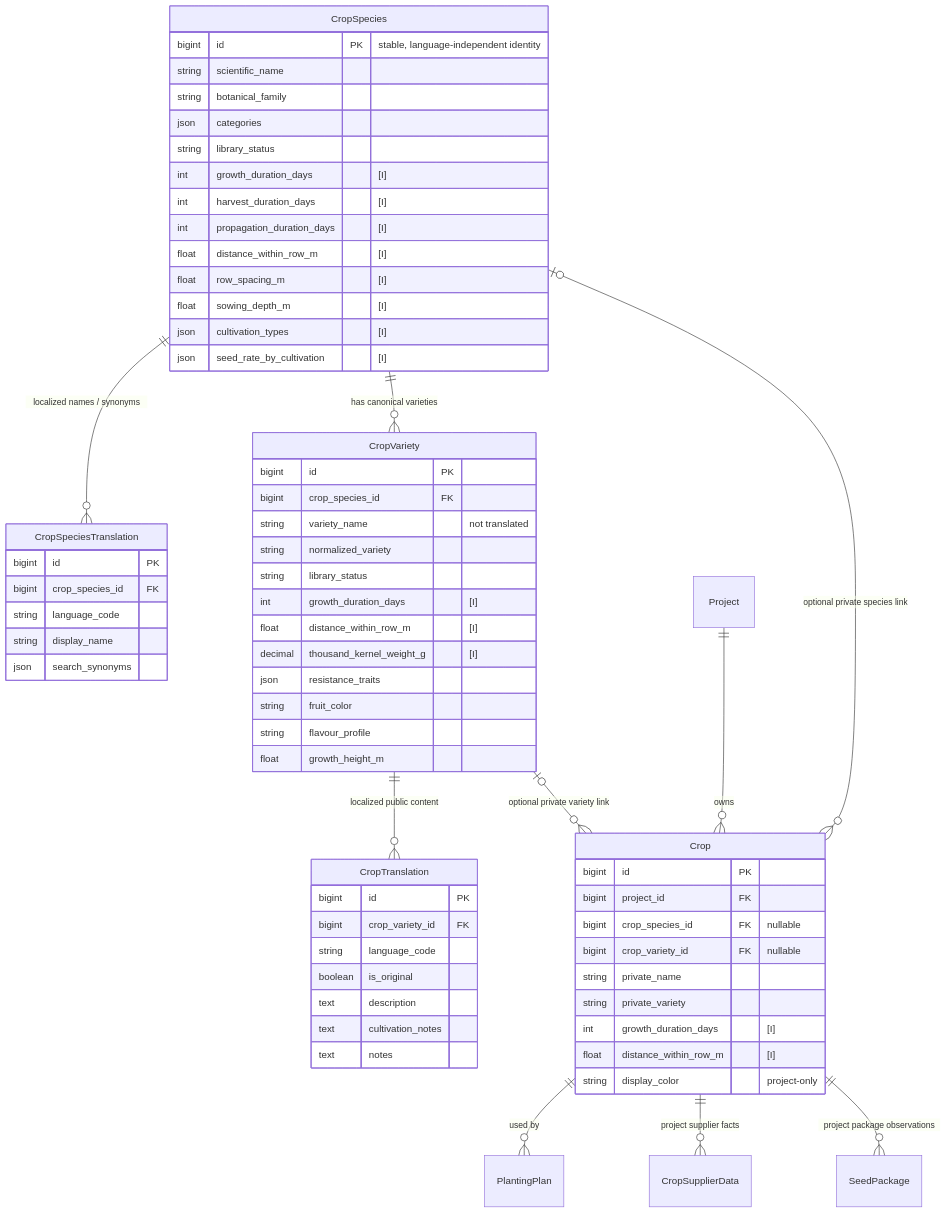
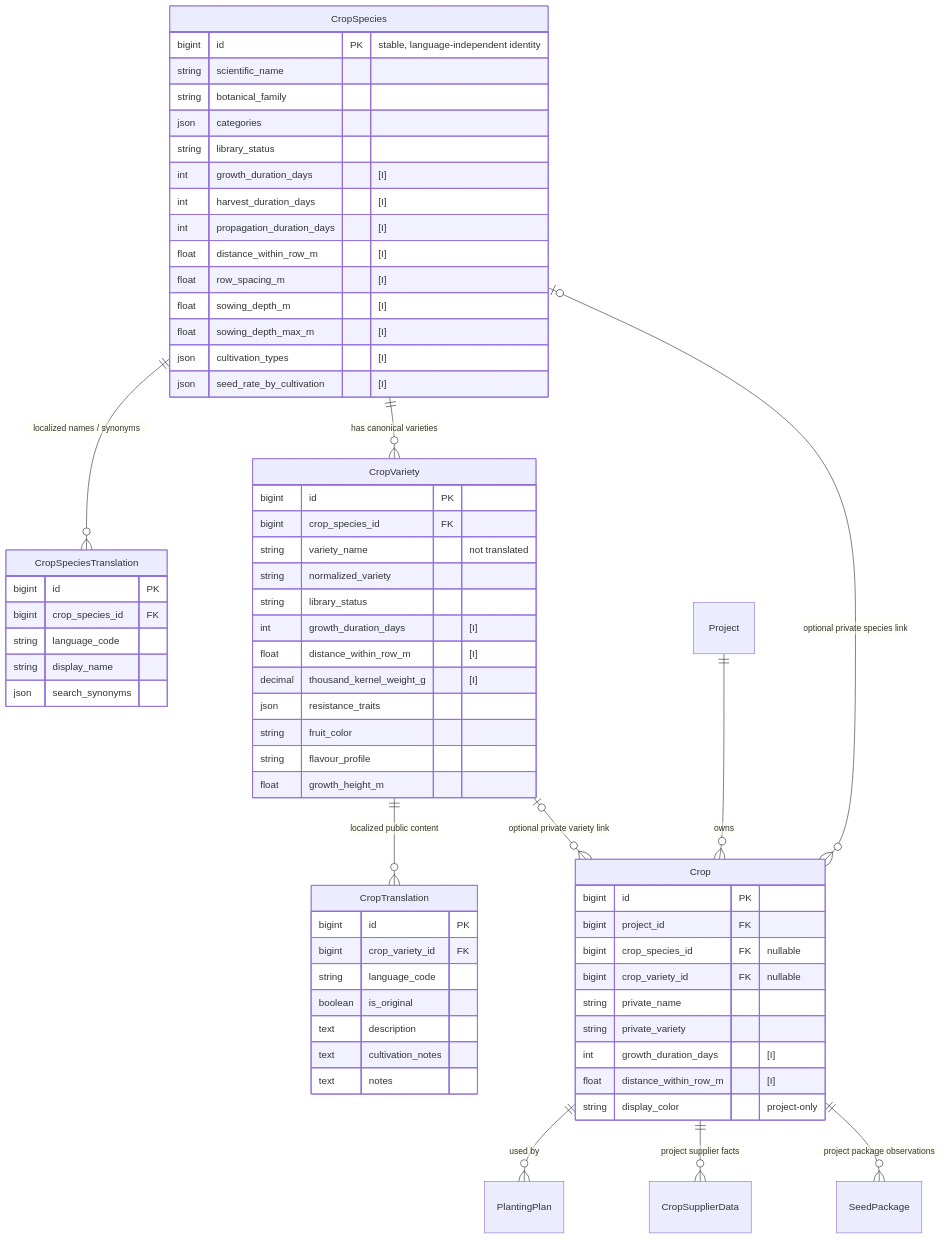
The diagram in docs/public-crop-library-data-model.md (OpenFarmPlanner/planner), drawn with Mermaid before and after one commit. The commit also changed other lines of this file and 55 other files, not shown here.

First line of the commit message:
feat: store the sowing depth as a range (#972)

````diff
--- a/docs/public-crop-library-data-model.md
+++ b/docs/public-crop-library-data-model.md
@@ -221,69 +221,70 @@
 ```mermaid
 erDiagram
     CropSpecies ||--o{ CropSpeciesTranslation : "localized names / synonyms"
     CropSpecies ||--o{ CropVariety : "has canonical varieties"
     CropVariety ||--o{ CropTranslation : "localized public content"
     CropSpecies o|--o{ Crop : "optional private species link"
     CropVariety o|--o{ Crop : "optional private variety link"
     Project ||--o{ Crop : "owns"
     Crop ||--o{ PlantingPlan : "used by"
     Crop ||--o{ CropSupplierData : "project supplier facts"
     Crop ||--o{ SeedPackage : "project package observations"
 
     CropSpecies {
         bigint id PK "stable, language-independent identity"
         string scientific_name
         string botanical_family
         json categories
         string library_status
         int growth_duration_days "[I]"
         int harvest_duration_days "[I]"
         int propagation_duration_days "[I]"
         float distance_within_row_m "[I]"
         float row_spacing_m "[I]"
         float sowing_depth_m "[I]"
+        float sowing_depth_max_m "[I]"
         json cultivation_types "[I]"
         json seed_rate_by_cultivation "[I]"
     }
     CropSpeciesTranslation {
         bigint id PK
         bigint crop_species_id FK
         string language_code
         string display_name
         json search_synonyms
     }
     CropVariety {
         bigint id PK
         bigint crop_species_id FK
         string variety_name "not translated"
         string normalized_variety
         string library_status
         int growth_duration_days "[I]"
         float distance_within_row_m "[I]"
         decimal thousand_kernel_weight_g "[I]"
         json resistance_traits
         string fruit_color
         string flavour_profile
         float growth_height_m
     }
     CropTranslation {
         bigint id PK
         bigint crop_variety_id FK
         string language_code
         boolean is_original
         text description
         text cultivation_notes
         text notes
     }
     Crop {
         bigint id PK
         bigint project_id FK
         bigint crop_species_id FK "nullable"
         bigint crop_variety_id FK "nullable"
         string private_name
         string private_variety
         int growth_duration_days "[I]"
         float distance_within_row_m "[I]"
         string display_color "project-only"
     }
 ```
````
